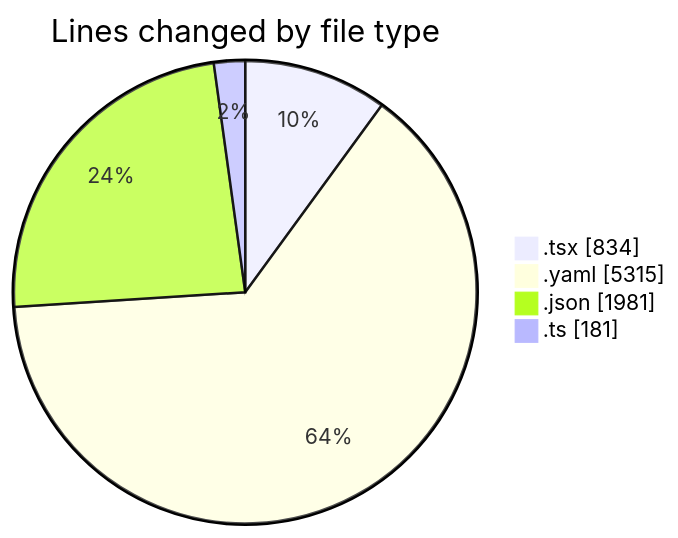
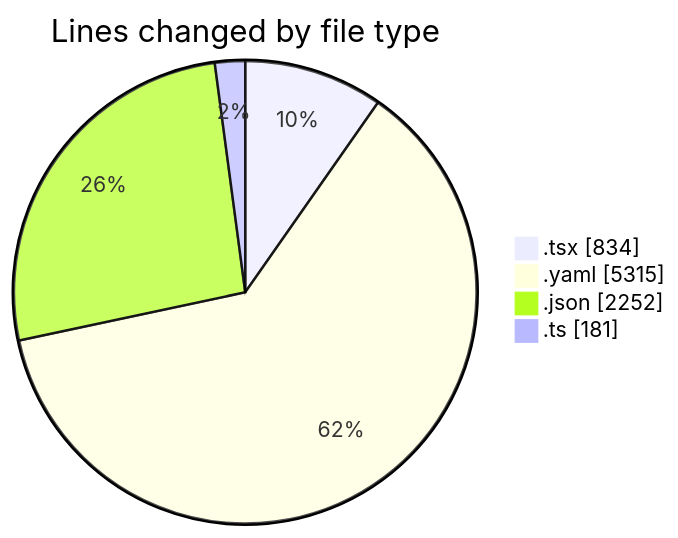
Before and after one commit to julien-gomy/code-tracking: the first of 2 diagrams in 2025-11-07/eventscop-frontend-guide__workspace_/README.md, drawn with Mermaid. The commit also changed other lines of this file and 1 other file, not shown here.

````diff
--- a/2025-11-07/eventscop-frontend-guide__workspace_/README.md
+++ b/2025-11-07/eventscop-frontend-guide__workspace_/README.md
@@ -32,8 +34,8 @@
 ```mermaid
 pie showData
 title Lines changed by file type
 ".tsx" : 834
 ".yaml" : 5315
-".json" : 1981
+".json" : 2252
 ".ts" : 181
 ```
````
